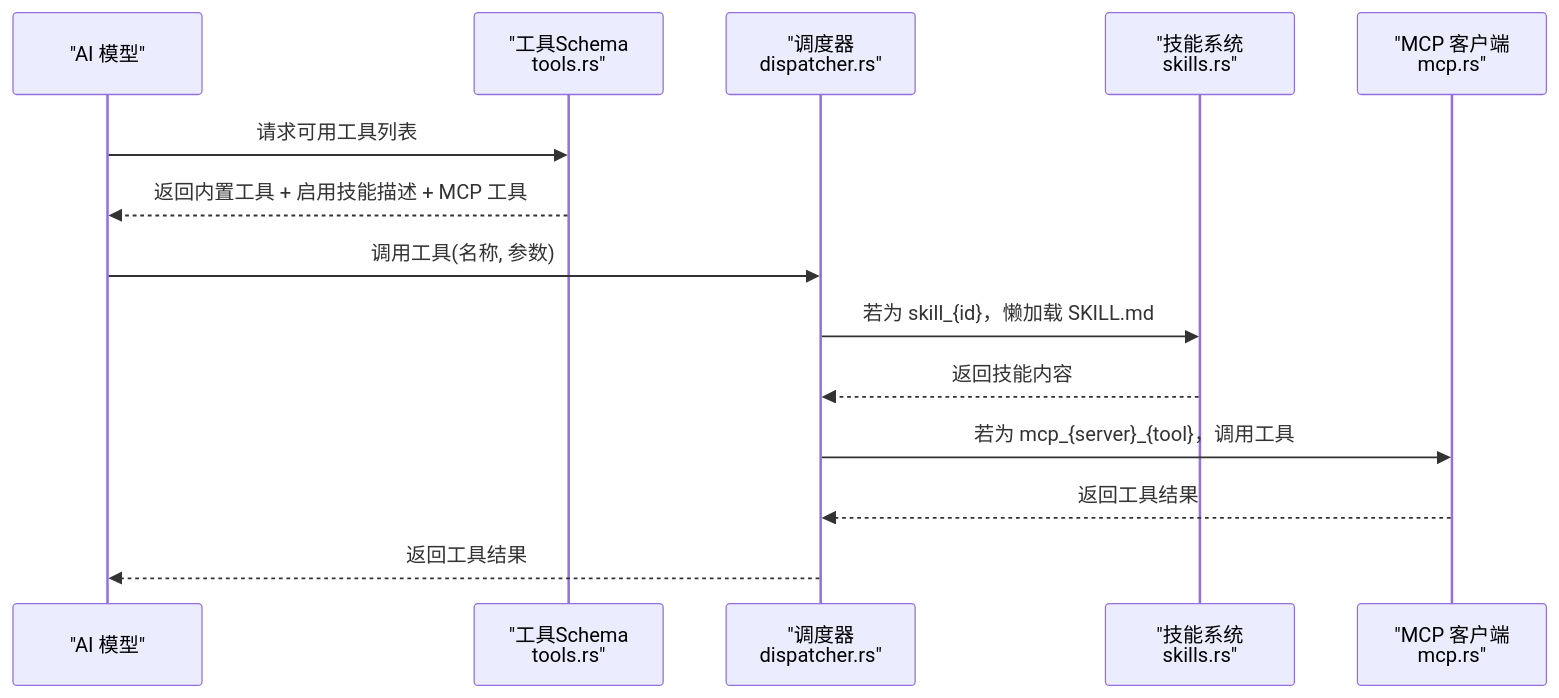
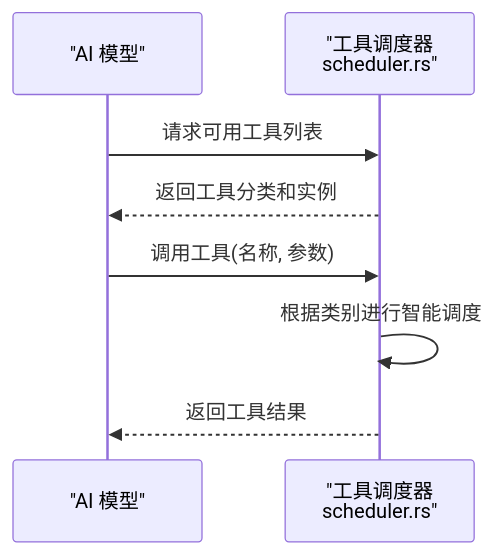
Before and after one commit to baike08/cosurf: the fifth of 6 diagrams in .qoder/repowiki/zh/content/设置和配置/工具设置.md, drawn with Mermaid. The commit also changed other lines of this file and 15 other files, not shown here.

````diff
--- a/.qoder/repowiki/zh/content/设置和配置/工具设置.md
+++ b/.qoder/repowiki/zh/content/设置和配置/工具设置.md
@@ -305,16 +259,10 @@
 ```mermaid
 sequenceDiagram
 participant Model as "AI 模型"
-participant Tools as "工具Schema<br/>tools.rs"
-participant Disp as "调度器<br/>dispatcher.rs"
-participant Sk as "技能系统<br/>skills.rs"
-participant MCP as "MCP 客户端<br/>mcp.rs"
-Model->>Tools : 请求可用工具列表
-Tools-->>Model : 返回内置工具 + 启用技能描述 + MCP 工具
-Model->>Disp : 调用工具(名称, 参数)
-Disp->>Sk : 若为 skill_{id}，懒加载 SKILL.md
-Sk-->>Disp : 返回技能内容
-Disp->>MCP : 若为 mcp_{server}_{tool}，调用工具
-MCP-->>Disp : 返回工具结果
-Disp-->>Model : 返回工具结果
+participant SC as "工具调度器<br/>scheduler.rs"
+Model->>SC : 请求可用工具列表
+SC-->>Model : 返回工具分类和实例
+Model->>SC : 调用工具(名称, 参数)
+SC->>SC : 根据类别进行智能调度
+SC-->>Model : 返回工具结果
 ```
````
